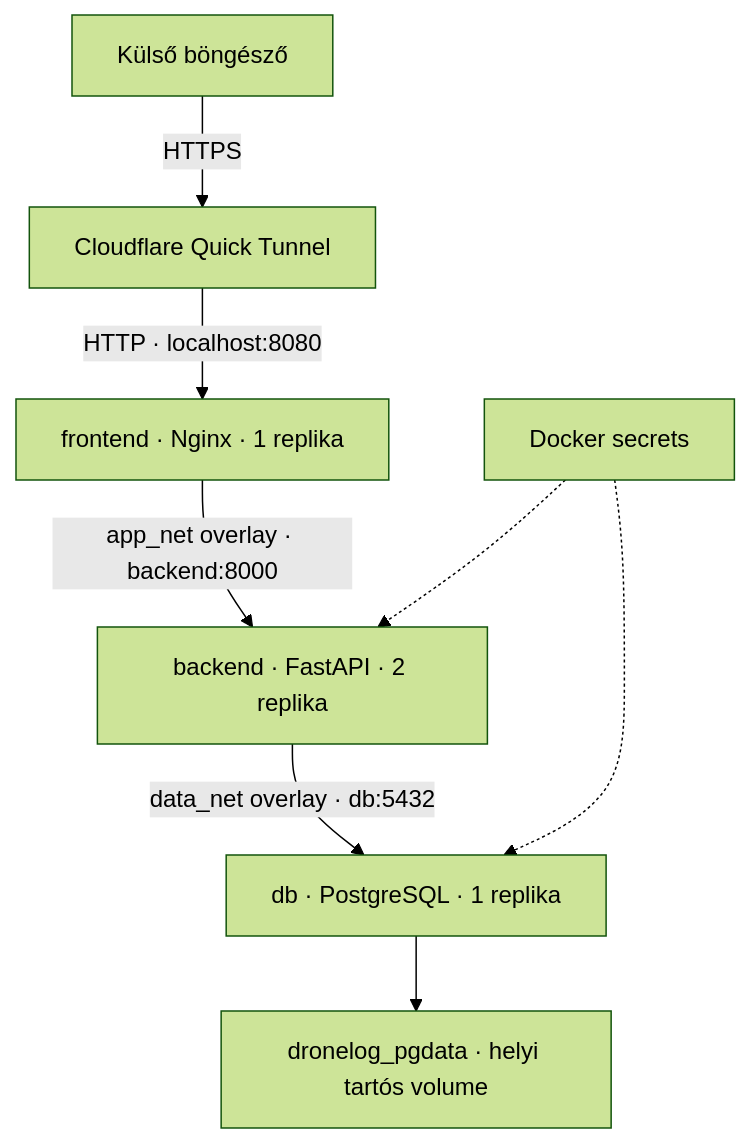
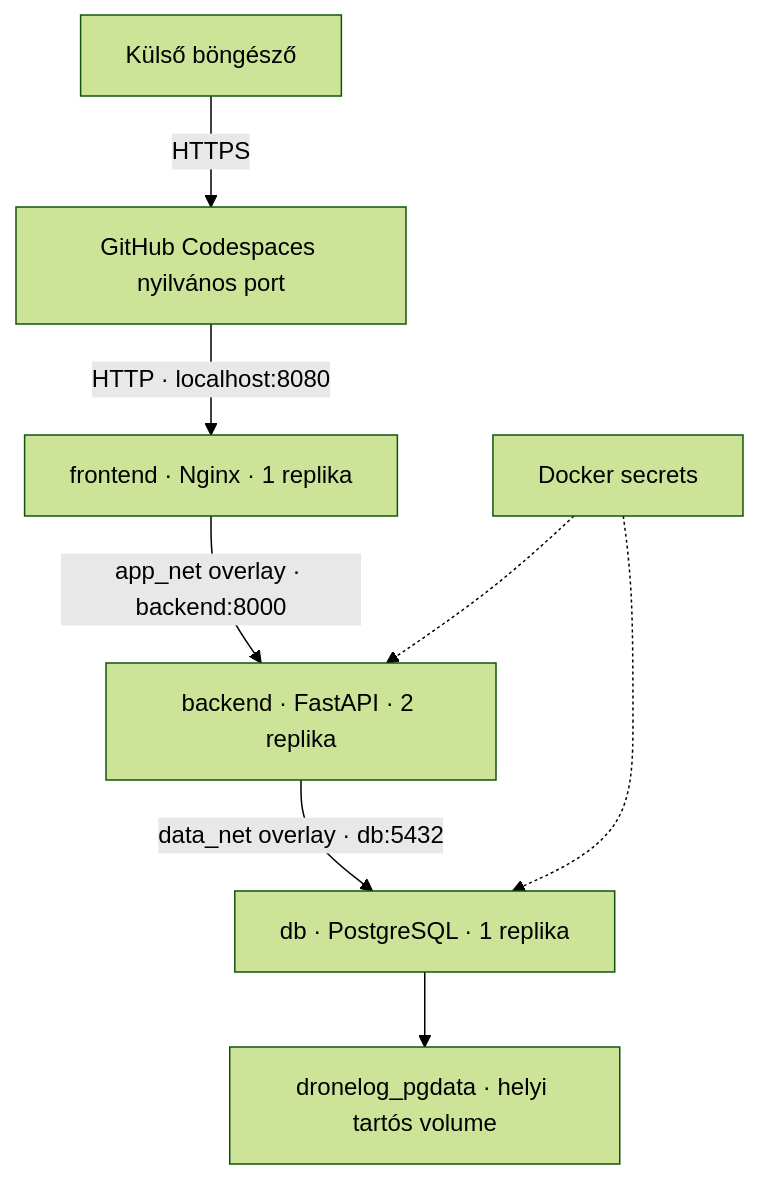
Before and after one commit to szoporitamas99/dronelog-swarm: the diagram in README.md, drawn with Mermaid (forest theme). The commit also changed other lines of this file and 7 other files, not shown here.

````diff
--- a/README.md
+++ b/README.md
@@ -31,10 +44,10 @@
 ```mermaid
 flowchart TD
-  Visitor["Külső böngésző"] -->|HTTPS| Tunnel["Cloudflare Quick Tunnel"]
+  Visitor["Külső böngésző"] -->|HTTPS| Tunnel["GitHub Codespaces nyilvános port"]
   Tunnel -->|"HTTP · localhost:8080"| Web["frontend · Nginx · 1 replika"]
   Web -->|"app_net overlay · backend:8000"| API["backend · FastAPI · 2 replika"]
   API -->|"data_net overlay · db:5432"| DB["db · PostgreSQL · 1 replika"]
   DB --> Volume["dronelog_pgdata · helyi tartós volume"]
   Secrets["Docker secrets"] -.-> API
   Secrets -.-> DB
 ```
````
